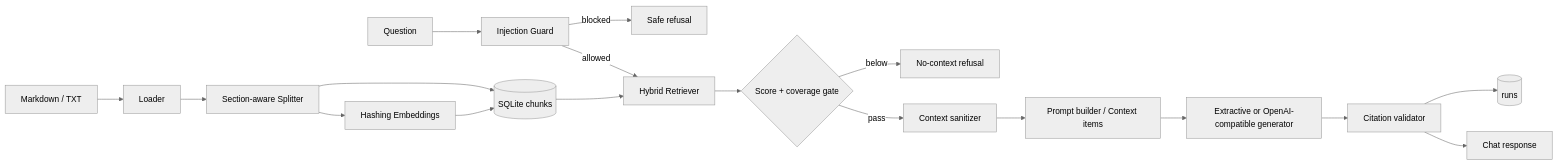
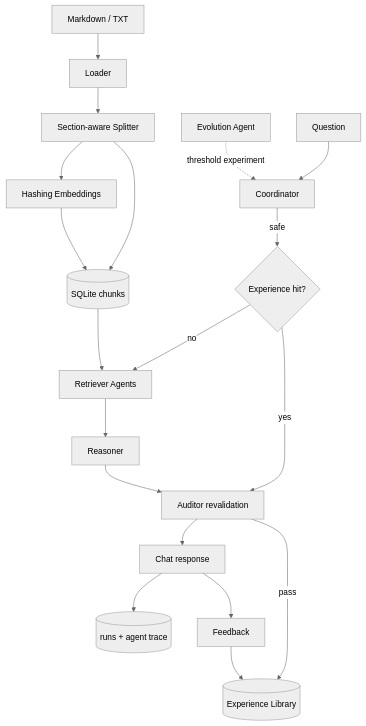
Before and after one commit to 1Hz123/enterprise-rag-quality-lab: the diagram in docs/architecture.md, drawn with Mermaid (neutral theme). The commit also changed other lines of this file and 31 other files, not shown here.

````diff
--- a/docs/architecture.md
+++ b/docs/architecture.md
@@ -22,21 +23,22 @@
 ```mermaid
-flowchart LR
+flowchart TD
     A[Markdown / TXT] --> B[Loader]
     B --> C[Section-aware Splitter]
     C --> D[Hashing Embeddings]
     C --> E[(SQLite chunks)]
     D --> E
 
-    Q[Question] --> G[Injection Guard]
-    G -->|blocked| R1[Safe refusal]
-    G -->|allowed| H[Hybrid Retriever]
-    E --> H
-    H --> I{Score + coverage gate}
-    I -->|below| R2[No-context refusal]
-    I -->|pass| J[Context sanitizer]
-    J --> K[Prompt builder / Context items]
-    K --> L[Extractive or OpenAI-compatible generator]
-    L --> M[Citation validator]
-    M --> N[(runs)]
-    M --> O[Chat response]
+    Q[Question] --> G[Coordinator]
+    G -->|safe| X{Experience hit?}
+    X -->|yes| AU[Auditor revalidation]
+    X -->|no| R[Retriever Agents]
+    E --> R
+    R --> RE[Reasoner]
+    RE --> AU
+    AU -->|pass| EX[(Experience Library)]
+    AU --> O[Chat response]
+    O --> N[(runs + agent trace)]
+    O --> F[Feedback]
+    F --> EX
+    EV[Evolution Agent] -. threshold experiment .-> G
 ```
````
